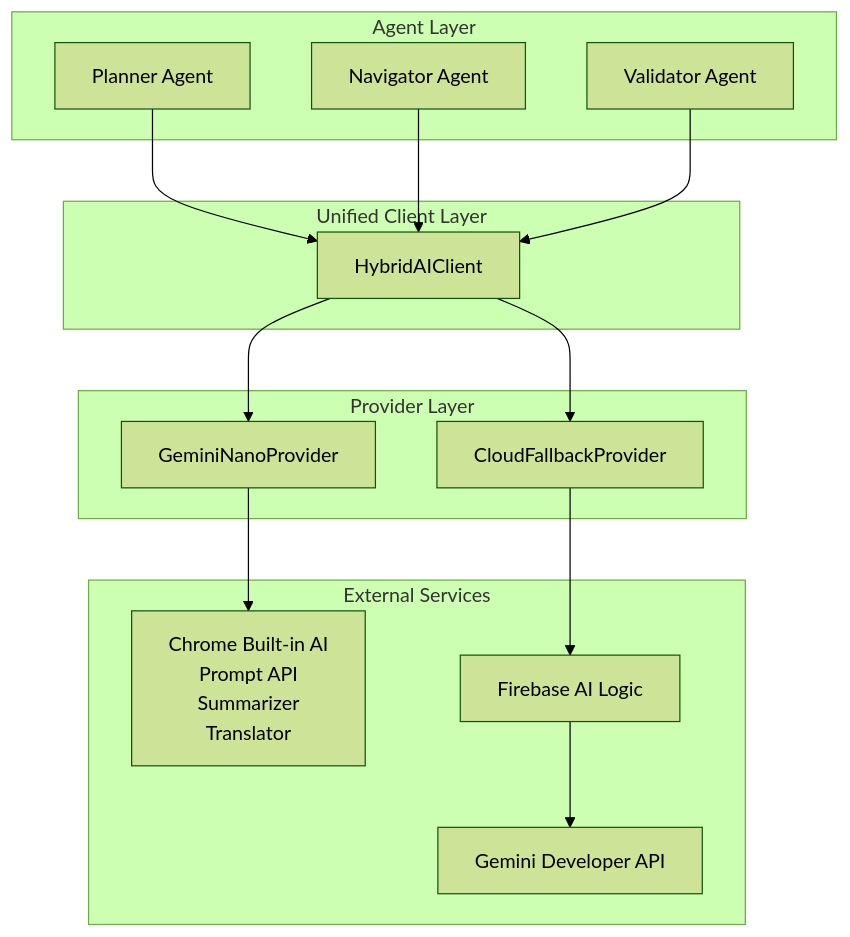
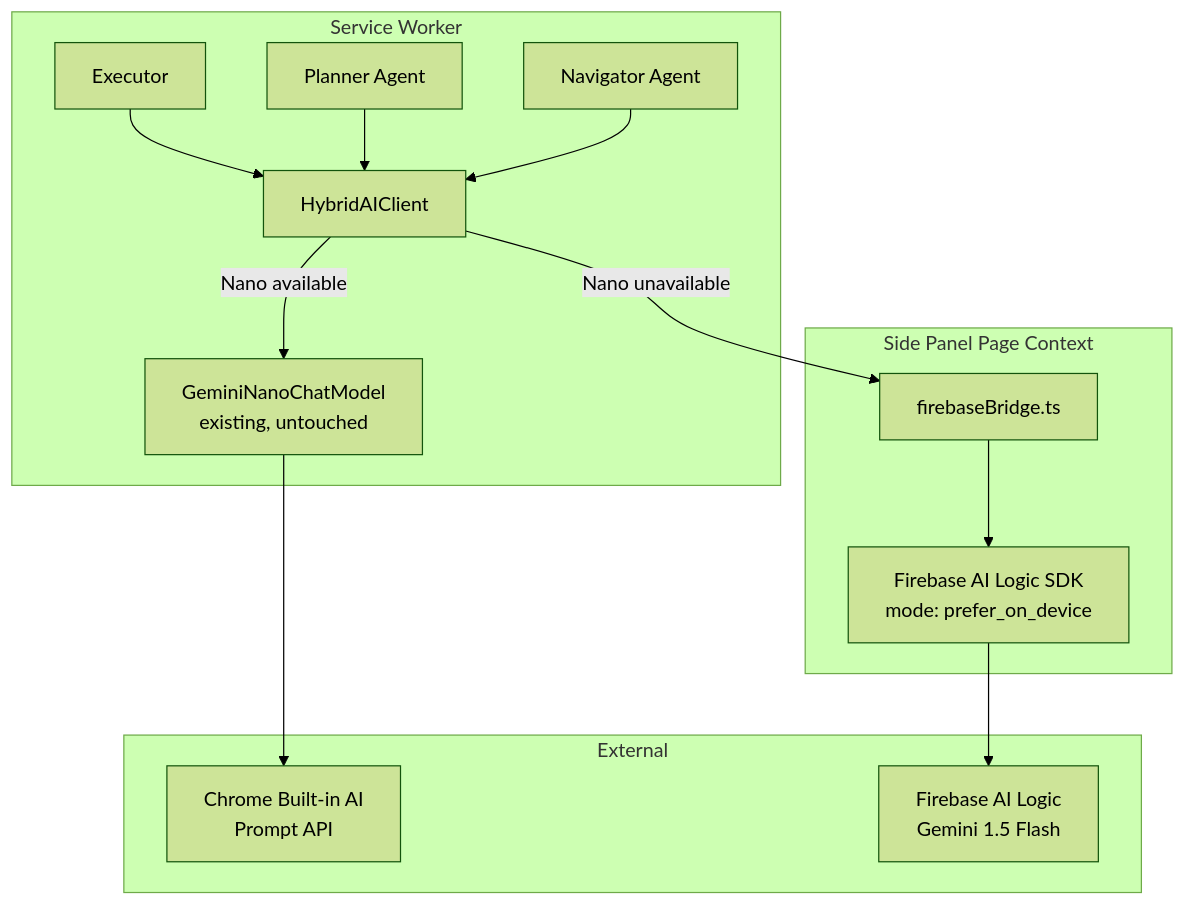
The diagram in .kiro/specs/gemini-nano-migration/design.md (samartho4/nanobrowser), drawn with Mermaid (forest theme) before and after one commit. The commit also changed other lines of this file and 79 other files, not shown here.

````diff
--- a/.kiro/specs/gemini-nano-migration/design.md
+++ b/.kiro/specs/gemini-nano-migration/design.md
@@ -15,34 +11,31 @@
 ```mermaid
 graph TB
-    subgraph "Agent Layer"
+    subgraph "Service Worker"
+        Executor[Executor]
+        HybridClient[HybridAIClient]
+        NanoModel[GeminiNanoChatModel<br/>existing, untouched]
         Planner[Planner Agent]
         Navigator[Navigator Agent]
-        Validator[Validator Agent]
     end
     
-    subgraph "Unified Client Layer"
-        HybridClient[HybridAIClient]
+    subgraph "Side Panel Page Context"
+        Bridge[firebaseBridge.ts]
+        FirebaseSDK[Firebase AI Logic SDK<br/>mode: prefer_on_device]
     end
     
-    subgraph "Provider Layer"
-        NanoProvider[GeminiNanoProvider]
-        CloudProvider[CloudFallbackProvider]
+    subgraph "External"
+        ChromeAI[Chrome Built-in AI<br/>Prompt API]
+        Firebase[Firebase AI Logic<br/>Gemini 1.5 Flash]
     end
     
-    subgraph "External Services"
-        ChromeAI[Chrome Built-in AI<br/>Prompt API<br/>Summarizer<br/>Translator]
-        Firebase[Firebase AI Logic]
-        GeminiAPI[Gemini Developer API]
-    end
-    
+    Executor --> HybridClient
     Planner --> HybridClient
     Navigator --> HybridClient
-    Validator --> HybridClient
     
-    HybridClient --> NanoProvider
-    HybridClient --> CloudProvider
+    HybridClient -->|Nano available| NanoModel
+    HybridClient -->|Nano unavailable| Bridge
     
-    NanoProvider --> ChromeAI
-    CloudProvider --> Firebase
-    Firebase --> GeminiAPI
+    NanoModel --> ChromeAI
+    Bridge --> FirebaseSDK
+    FirebaseSDK --> Firebase
 ```
````
